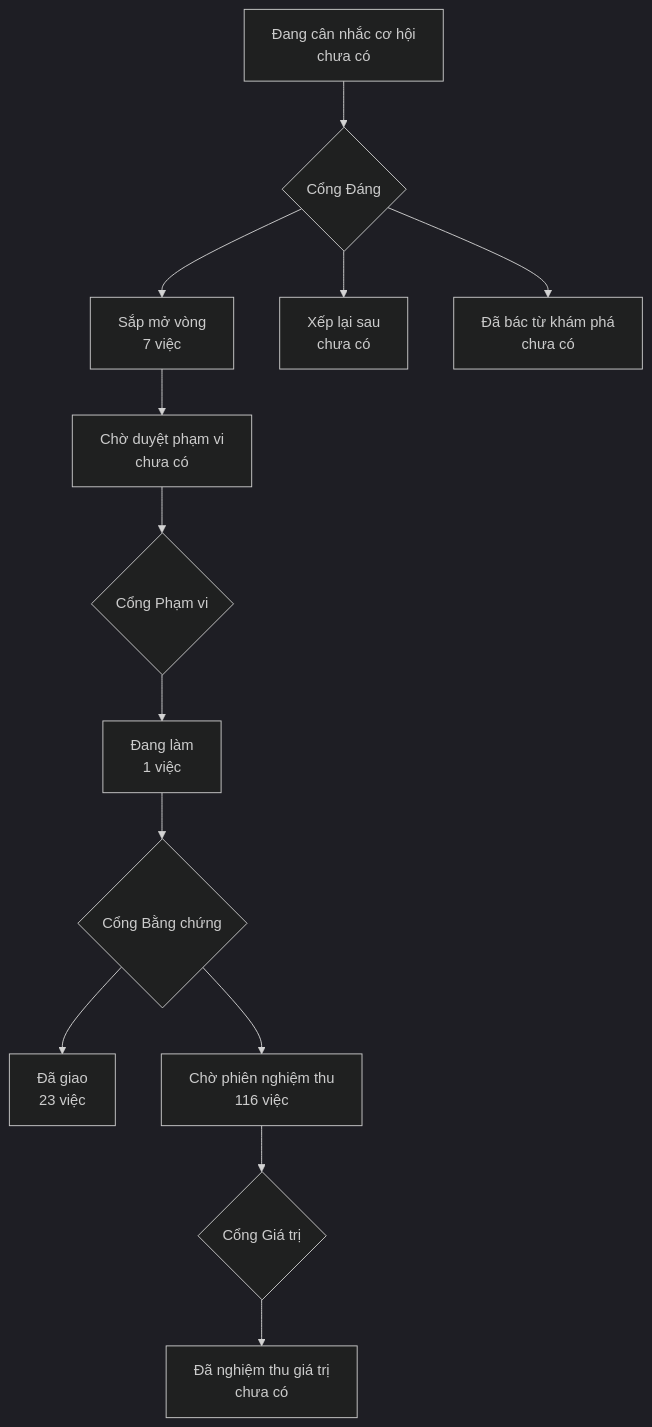
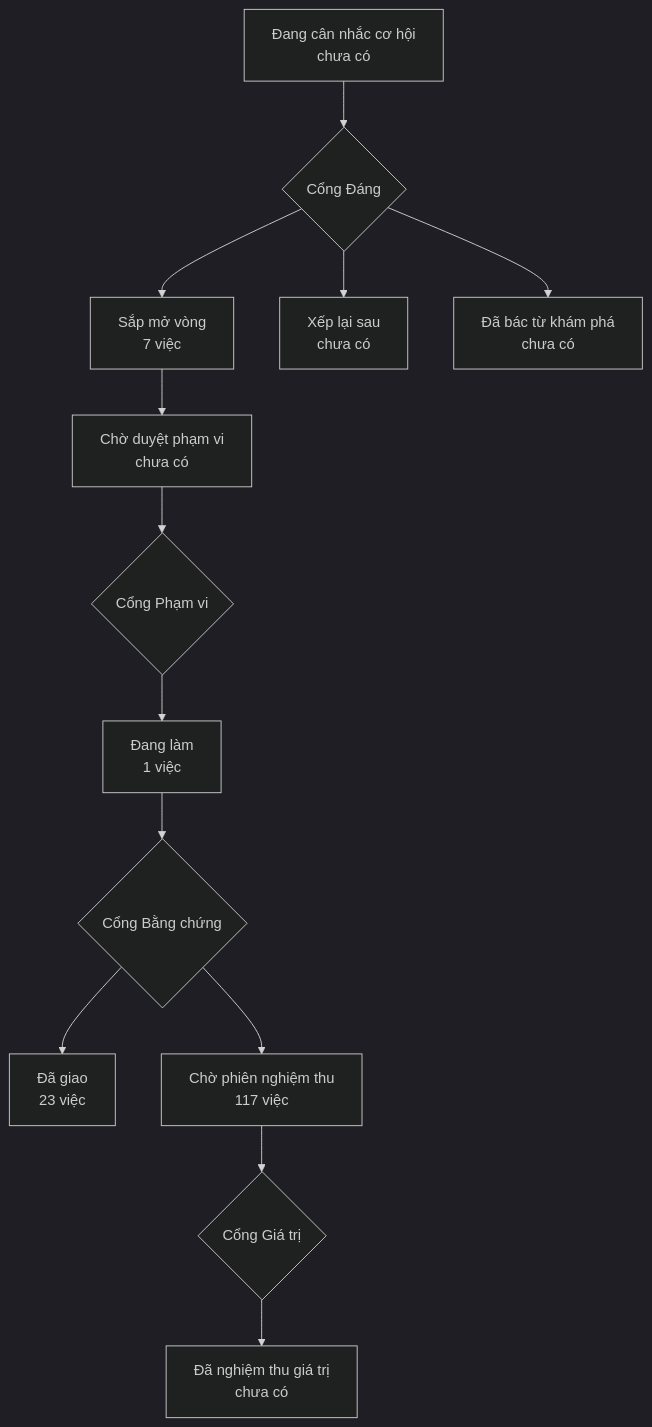
Before and after one commit to phanlemanh/onehub-quy-hang: the diagram in PRODUCT-MAP.md, drawn with Mermaid (dark theme). The commit also changed other lines of this file and 1 other file, not shown here.

Commit message:
chore: vẽ lại bản đồ sau khi gộp nhánh chính

````diff
--- a/PRODUCT-MAP.md
+++ b/PRODUCT-MAP.md
@@ -7,12 +7,12 @@
 ```mermaid
 flowchart TD
   A["Đang cân nhắc cơ hội<br/>chưa có"] --> GD{"Cổng Đáng"}
   GD --> B["Sắp mở vòng<br/>7 việc"]
   GD --> XL["Xếp lại sau<br/>chưa có"]
   GD --> DB["Đã bác từ khám phá<br/>chưa có"]
   B --> CD["Chờ duyệt phạm vi<br/>chưa có"] --> GP{"Cổng Phạm vi"}
   GP --> DL["Đang làm<br/>1 việc"] --> GB{"Cổng Bằng chứng"}
   GB --> DG["Đã giao<br/>23 việc"]
-  GB --> CN["Chờ phiên nghiệm thu<br/>116 việc"] --> GG{"Cổng Giá trị"}
+  GB --> CN["Chờ phiên nghiệm thu<br/>117 việc"] --> GG{"Cổng Giá trị"}
   GG --> NT["Đã nghiệm thu giá trị<br/>chưa có"]
 ```
````
